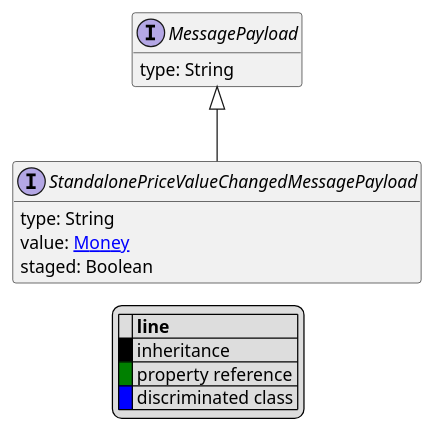
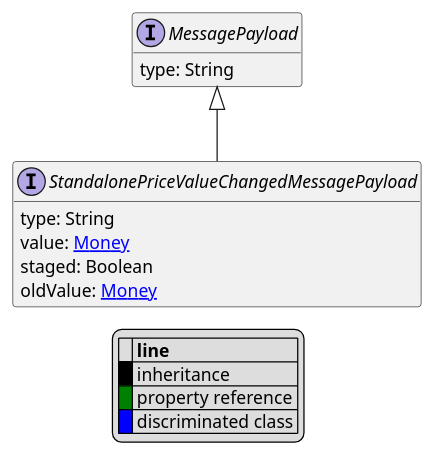
One commit to commercetools/commercetools-api-reference changed the diagram in uml/api/StandalonePriceValueChangedMessagePayload.puml. Above: the diagram before and after it, drawn with PlantUML. The commit also changed 12 other files, not shown here.

```diff
--- a/uml/api/StandalonePriceValueChangedMessagePayload.puml
+++ b/uml/api/StandalonePriceValueChangedMessagePayload.puml
@@ -1,24 +1,25 @@
 @startuml
 
 hide empty fields
 hide empty methods
 legend
 |= |= line |
 |<back:black>   </back>| inheritance |
 |<back:green>   </back>| property reference |
 |<back:blue>   </back>| discriminated class |
 endlegend
 interface StandalonePriceValueChangedMessagePayload [[StandalonePriceValueChangedMessagePayload.svg]] extends MessagePayload {
     type: String
     value: [[Money.svg Money]]
     staged: Boolean
+    oldValue: [[Money.svg Money]]
 }
 interface MessagePayload [[MessagePayload.svg]]  {
     type: String
 }
 
 
 
 
 
 @enduml
```
